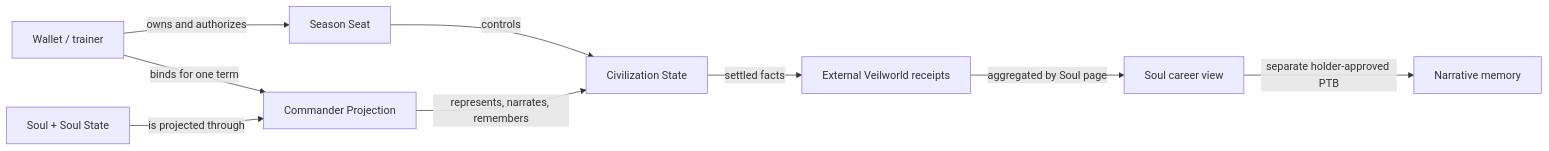
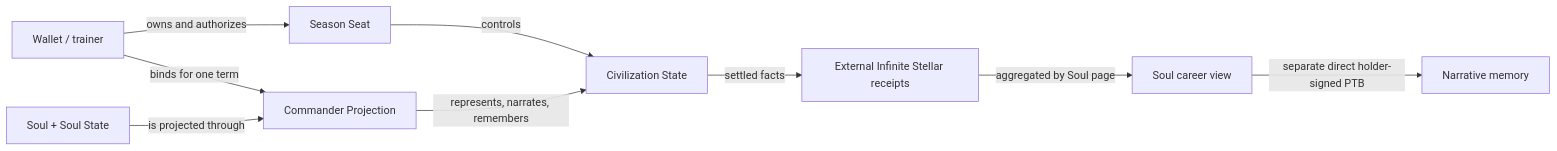
The diagram in docs/02-soul-role.md (redefine-digital-labs/infinite-stellar), drawn with Mermaid before and after one commit. The commit also changed other lines of this file and 16 other files, not shown here.

Commit message:
docs: rebrand project as Infinite Stellar

````diff
--- a/docs/02-soul-role.md
+++ b/docs/02-soul-role.md
@@ -25,11 +25,11 @@
 ```mermaid
 flowchart LR
     W["Wallet / trainer"] -->|owns and authorizes| SS["Season Seat"]
     SS -->|controls| C["Civilization State"]
     W -->|binds for one term| CP["Commander Projection"]
     S["Soul + Soul State"] -->|is projected through| CP
     CP -->|represents, narrates, remembers| C
-    C -->|settled facts| R["External Veilworld receipts"]
+    C -->|settled facts| R["External Infinite Stellar receipts"]
     R -->|aggregated by Soul page| P["Soul career view"]
-    P -->|separate holder-approved PTB| M["Narrative memory"]
+    P -->|separate direct holder-signed PTB| M["Narrative memory"]
 ```
````
